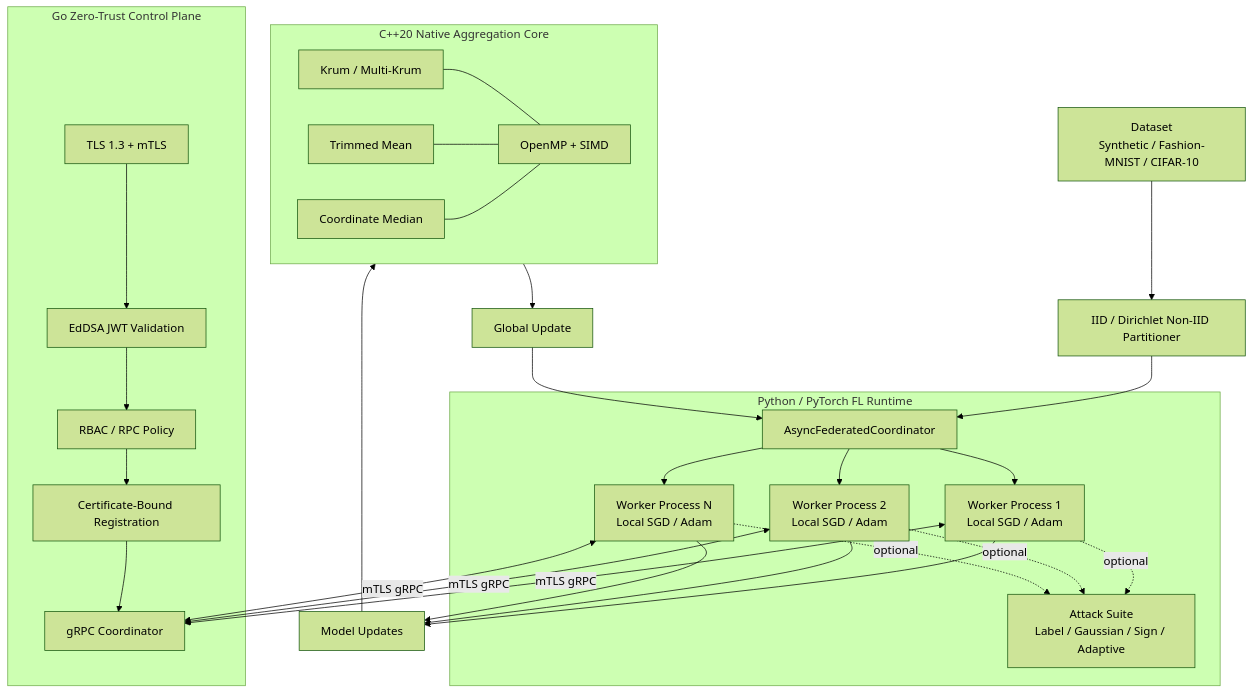
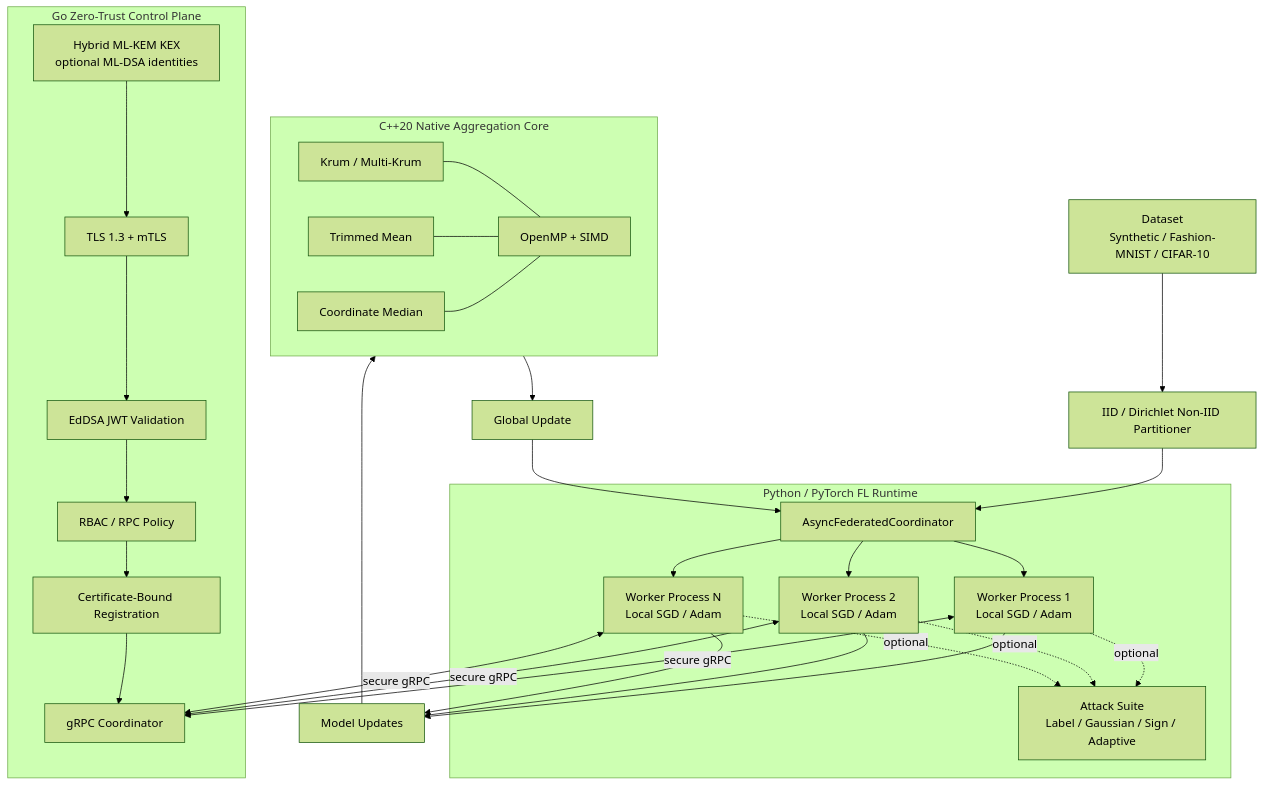
One commit to smshagor-dev/ZeroTrust-FL-Sim changed the diagram in README.md. Above: the diagram before and after it, drawn with Mermaid (forest theme). The commit also changed other lines of this file and 9 other files, not shown here.

````diff
--- a/README.md
+++ b/README.md
@@ -50,52 +54,53 @@
 ```mermaid
 flowchart TD
     D["Dataset<br/>Synthetic / Fashion-MNIST / CIFAR-10"]
     P["IID / Dirichlet Non-IID Partitioner"]
     D --> P
 
     subgraph Runtime["Python / PyTorch FL Runtime"]
         C["AsyncFederatedCoordinator"]
         W1["Worker Process 1<br/>Local SGD / Adam"]
         W2["Worker Process 2<br/>Local SGD / Adam"]
         WN["Worker Process N<br/>Local SGD / Adam"]
         AT["Attack Suite<br/>Label / Gaussian / Sign / Adaptive"]
         C --> W1
         C --> W2
         C --> WN
         W1 -. optional .-> AT
         W2 -. optional .-> AT
         WN -. optional .-> AT
     end
 
     P --> C
     W1 --> U["Model Updates"]
     W2 --> U
     WN --> U
 
     subgraph Native["C++20 Native Aggregation Core"]
         K["Krum / Multi-Krum"]
         T["Trimmed Mean"]
         M["Coordinate Median"]
         O["OpenMP + SIMD"]
         K --- O
         T --- O
         M --- O
     end
 
     U --> Native
     Native --> G["Global Update"]
     G --> C
 
     subgraph Control["Go Zero-Trust Control Plane"]
+        PQ["Hybrid ML-KEM KEX<br/>optional ML-DSA identities"]
         TLS["TLS 1.3 + mTLS"]
         JWT["EdDSA JWT Validation"]
         RBAC["RBAC / RPC Policy"]
         REG["Certificate-Bound Registration"]
         GRPC["gRPC Coordinator"]
-        TLS --> JWT --> RBAC --> REG --> GRPC
+        PQ --> TLS --> JWT --> RBAC --> REG --> GRPC
     end
 
-    W1 <-->|"mTLS gRPC"| GRPC
-    W2 <-->|"mTLS gRPC"| GRPC
-    WN <-->|"mTLS gRPC"| GRPC
+    W1 <-->|"secure gRPC"| GRPC
+    W2 <-->|"secure gRPC"| GRPC
+    WN <-->|"secure gRPC"| GRPC
 ```
````
